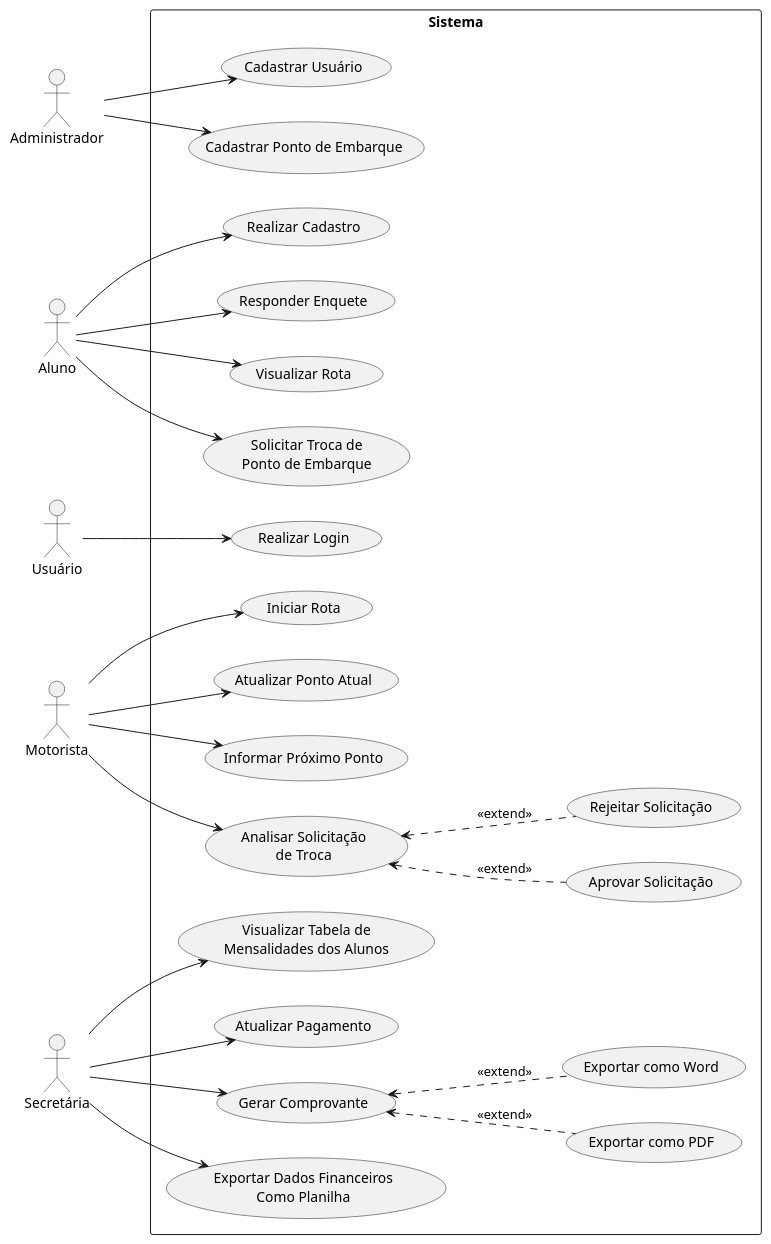
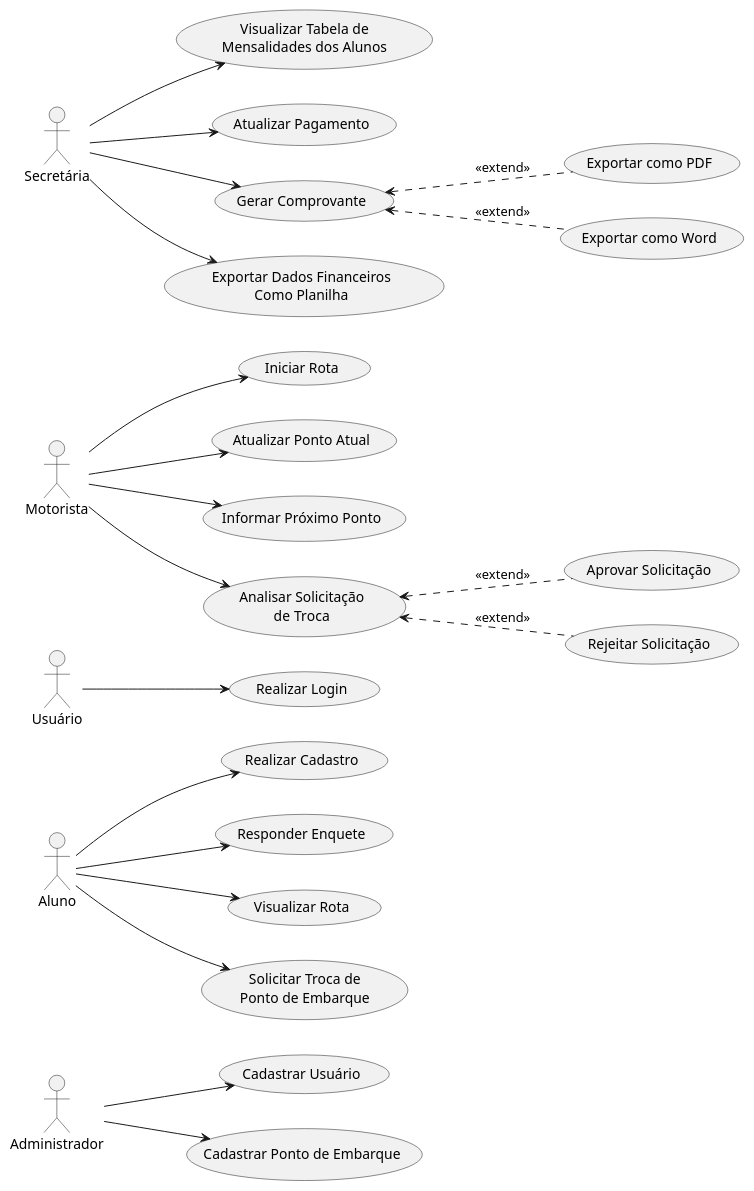
Before and after one commit to viniciusdias2902/modelagem_uml: the diagram in Diagrama_Geral_CasosUso.puml, drawn with PlantUML. The commit also changed 9 other files, not shown here.

Commit message:
Adição das fotos dos diagramas de caso de uso

```diff
--- a/Diagrama_Geral_CasosUso.puml
+++ b/Diagrama_Geral_CasosUso.puml
@@ -1,58 +1,57 @@
 @startuml
 left to right direction
 
 actor "Administrador" as Administrador
 actor "Aluno" as Aluno
 actor "Usuário" as Usuario
 actor "Motorista" as Motorista
 actor "Secretária" as Secretaria
 
-rectangle Sistema {
-    usecase "Cadastrar Usuário" as UC01
-    usecase "Realizar Cadastro" as UC02
-    usecase "Realizar Login" as UC03
-    usecase "Responder Enquete" as UC04
-    usecase "Iniciar Rota" as UC05
-    usecase "Atualizar Ponto Atual" as UC06
-    usecase "Informar Próximo Ponto" as UC07
-    usecase "Visualizar Rota" as UC08
-    usecase "Visualizar Tabela de\nMensalidades dos Alunos" as UC09
-    usecase "Atualizar Pagamento" as UC10
-    usecase "Gerar Comprovante" as UC11
-    usecase "Exportar como PDF" as UC11a
-    usecase "Exportar como Word" as UC11b
-    usecase "Exportar Dados Financeiros\nComo Planilha" as UC12
-    usecase "Cadastrar Ponto de Embarque" as UC13
-    usecase "Solicitar Troca de\nPonto de Embarque" as UC14
-    usecase "Analisar Solicitação\nde Troca" as UC15
-    usecase "Aprovar Solicitação" as UC15a
-    usecase "Rejeitar Solicitação" as UC15b
-}
+usecase "Cadastrar Usuário" as UC01
+usecase "Realizar Cadastro" as UC02
+usecase "Realizar Login" as UC03
+usecase "Responder Enquete" as UC04
+usecase "Iniciar Rota" as UC05
+usecase "Atualizar Ponto Atual" as UC06
+usecase "Informar Próximo Ponto" as UC07
+usecase "Visualizar Rota" as UC08
+usecase "Visualizar Tabela de\nMensalidades dos Alunos" as UC09
+usecase "Atualizar Pagamento" as UC10
+usecase "Gerar Comprovante" as UC11
+usecase "Exportar como PDF" as UC11a
+usecase "Exportar como Word" as UC11b
+usecase "Exportar Dados Financeiros\nComo Planilha" as UC12
+usecase "Cadastrar Ponto de Embarque" as UC13
+usecase "Solicitar Troca de\nPonto de Embarque" as UC14
+usecase "Analisar Solicitação\nde Troca" as UC15
+usecase "Aprovar Solicitação" as UC15a
+usecase "Rejeitar Solicitação" as UC15b
+
 
 Administrador --> UC01
 Administrador --> UC13
 
 Aluno --> UC02
 Aluno --> UC04
 Aluno --> UC08
 Aluno --> UC14
 
 Usuario --> UC03
 
 Motorista --> UC05
 Motorista --> UC06
 Motorista --> UC07
 Motorista --> UC15
 
 Secretaria --> UC09
 Secretaria --> UC10
 Secretaria --> UC11
 Secretaria --> UC12
 
 UC11 <.. UC11a : <<extend>>
 UC11 <.. UC11b : <<extend>>
 
 UC15 <.. UC15a : <<extend>>
 UC15 <.. UC15b : <<extend>>
 
 @enduml
```
